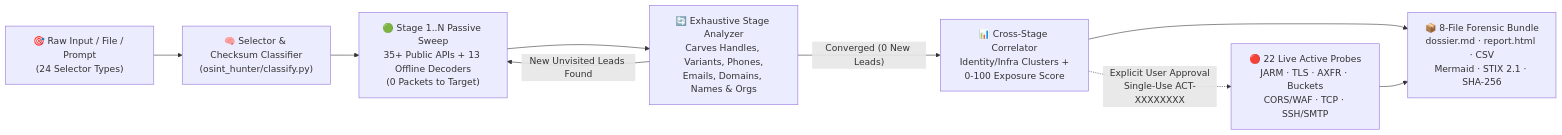
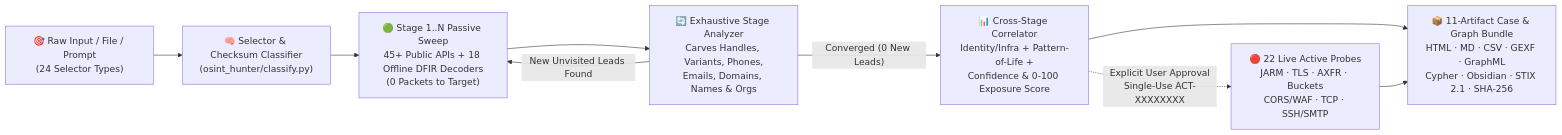
One commit to mafk21/OSINT changed the diagram in README.md. Above: the diagram before and after it, drawn with Mermaid. The commit also changed other lines of this file and 20 other files, not shown here.

````diff
--- a/README.md
+++ b/README.md
@@ -32,11 +32,11 @@
 ```mermaid
 flowchart LR
     A["🎯 Raw Input / File / Prompt<br/>(24 Selector Types)"] --> B["🧠 Selector & Checksum Classifier<br/>(osint_hunter/classify.py)"]
-    B --> C["🟢 Stage 1..N Passive Sweep<br/>35+ Public APIs + 13 Offline Decoders<br/>(0 Packets to Target)"]
+    B --> C["🟢 Stage 1..N Passive Sweep<br/>45+ Public APIs + 18 Offline DFIR Decoders<br/>(0 Packets to Target)"]
     C --> D["🔄 Exhaustive Stage Analyzer<br/>Carves Handles, Variants, Phones,<br/>Emails, Domains, Names & Orgs"]
     D -- "New Unvisited Leads Found" --> C
-    D -- "Converged (0 New Leads)" --> E["📊 Cross-Stage Correlator<br/>Identity/Infra Clusters +<br/>0-100 Exposure Score"]
-    E --> F["📦 8-File Forensic Bundle<br/>dossier.md · report.html · CSV<br/>Mermaid · STIX 2.1 · SHA-256"]
+    D -- "Converged (0 New Leads)" --> E["📊 Cross-Stage Correlator<br/>Identity/Infra + Pattern-of-Life +<br/>Confidence & 0-100 Exposure Score"]
+    E --> F["📦 11-Artifact Case & Graph Bundle<br/>HTML · MD · CSV · GEXF · GraphML<br/>Cypher · Obsidian · STIX 2.1 · SHA-256"]
     E -. "Explicit User Approval<br/>Single-Use ACT-XXXXXXXX" .-> G["🔴 22 Live Active Probes<br/>JARM · TLS · AXFR · Buckets<br/>CORS/WAF · TCP · SSH/SMTP"]
     G --> F
 ```
````
